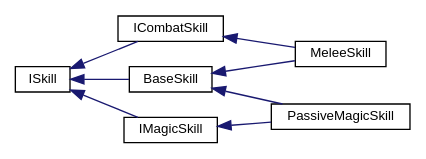
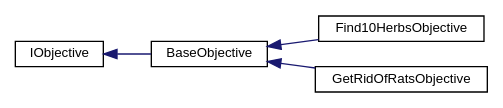
Before and after one commit to PaulSchweizer/ActionRpgKit: the diagram in inherit_graph_9.dot, drawn with Graphviz. The commit also changed 572 other files, not shown here.

```diff
--- a/inherit_graph_9.dot
+++ b/inherit_graph_9.dot
@@ -1,20 +1,14 @@
 digraph "Graphical Class Hierarchy"
 {
  // INTERACTIVE_SVG=YES
   edge [fontname="Helvetica",fontsize="10",labelfontname="Helvetica",labelfontsize="10"];
   node [fontname="Helvetica",fontsize="10",shape=record];
   rankdir="LR";
-  Node1 [label="ISkill",height=0.2,width=0.4,color="black", fillcolor="white", style="filled",URL="$d5/dc7/interface_action_rpg_kit_1_1_character_1_1_skill_1_1_i_skill.xhtml",tooltip="Interface for Skills."];
+  Node1 [label="IObjective",height=0.2,width=0.4,color="black", fillcolor="white", style="filled",URL="$d2/d98/interface_action_rpg_kit_1_1_story_1_1_quest_1_1_i_objective.xhtml"];
   Node1 -> Node2 [dir="back",color="midnightblue",fontsize="10",style="solid",fontname="Helvetica"];
-  Node2 [label="BaseSkill",height=0.2,width=0.4,color="black", fillcolor="white", style="filled",URL="$dc/db7/class_action_rpg_kit_1_1_character_1_1_skill_1_1_base_skill.xhtml",tooltip="A basic Skill implementation."];
+  Node2 [label="BaseObjective",height=0.2,width=0.4,color="black", fillcolor="white", style="filled",URL="$dd/d14/class_action_rpg_kit_1_1_story_1_1_quest_1_1_base_objective.xhtml"];
   Node2 -> Node3 [dir="back",color="midnightblue",fontsize="10",style="solid",fontname="Helvetica"];
-  Node3 [label="MeleeSkill",height=0.2,width=0.4,color="black", fillcolor="white", style="filled",URL="$d4/d60/class_action_rpg_kit_1_1_character_1_1_skill_1_1_melee_skill.xhtml",tooltip="Allows to attack with a melee weapon."];
+  Node3 [label="Find10HerbsObjective",height=0.2,width=0.4,color="black", fillcolor="white", style="filled",URL="$d5/d1e/class_action_rpg_kit_1_1_tests_1_1_story_1_1_find10_herbs_objective.xhtml"];
   Node2 -> Node4 [dir="back",color="midnightblue",fontsize="10",style="solid",fontname="Helvetica"];
-  Node4 [label="PassiveMagicSkill",height=0.2,width=0.4,color="black", fillcolor="white", style="filled",URL="$dc/dac/class_action_rpg_kit_1_1_character_1_1_skill_1_1_passive_magic_skill.xhtml",tooltip="A passive MagicSkill adds buffs on the User itself."];
-  Node1 -> Node5 [dir="back",color="midnightblue",fontsize="10",style="solid",fontname="Helvetica"];
-  Node5 [label="ICombatSkill",height=0.2,width=0.4,color="black", fillcolor="white", style="filled",URL="$d4/dbe/interface_action_rpg_kit_1_1_character_1_1_skill_1_1_i_combat_skill.xhtml",tooltip="A Skill to be used as an Attack in Combat."];
-  Node5 -> Node3 [dir="back",color="midnightblue",fontsize="10",style="solid",fontname="Helvetica"];
-  Node1 -> Node6 [dir="back",color="midnightblue",fontsize="10",style="solid",fontname="Helvetica"];
-  Node6 [label="IMagicSkill",height=0.2,width=0.4,color="black", fillcolor="white", style="filled",URL="$d7/dd4/interface_action_rpg_kit_1_1_character_1_1_skill_1_1_i_magic_skill.xhtml",tooltip="A magic Skill costs magic energy on each use."];
-  Node6 -> Node4 [dir="back",color="midnightblue",fontsize="10",style="solid",fontname="Helvetica"];
+  Node4 [label="GetRidOfRatsObjective",height=0.2,width=0.4,color="black", fillcolor="white", style="filled",URL="$dc/d33/class_action_rpg_kit_1_1_tests_1_1_story_1_1_get_rid_of_rats_objective.xhtml"];
 }
```
